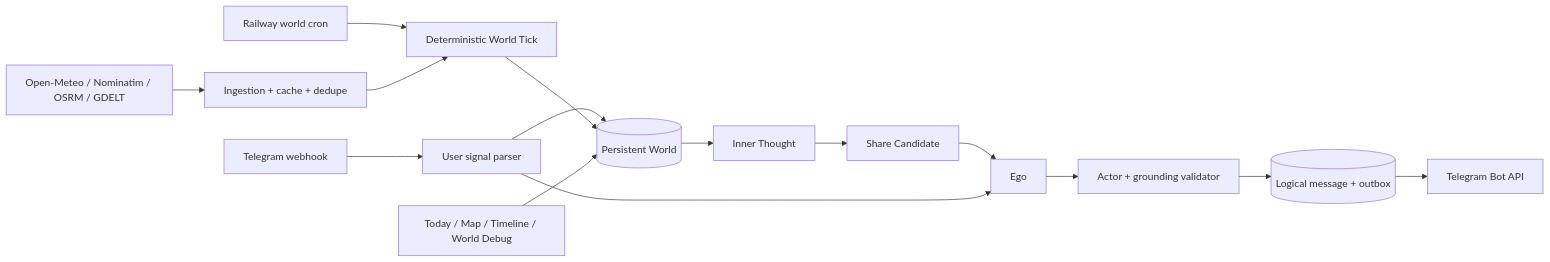
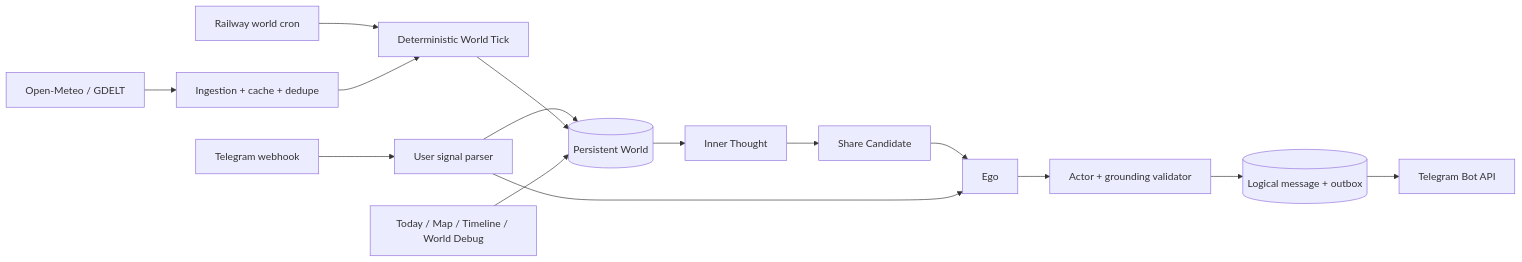
The diagram in README.md (AetherAllan/Mira), drawn with Mermaid before and after one commit. The commit also changed other lines of this file and 55 other files, not shown here.

````diff
--- a/README.md
+++ b/README.md
@@ -9,17 +9,17 @@
 ```mermaid
 flowchart LR
-  EXT[Open-Meteo / Nominatim / OSRM / GDELT] --> ING[Ingestion + cache + dedupe]
+  EXT[Open-Meteo / GDELT] --> ING[Ingestion + cache + dedupe]
   TG[Telegram webhook] --> INPUT[User signal parser]
   CRON[Railway world cron] --> TICK[Deterministic World Tick]
   ING --> TICK
   INPUT --> WORLD[(Persistent World)]
   TICK --> WORLD
   WORLD --> THOUGHT[Inner Thought]
   THOUGHT --> SHARE[Share Candidate]
   SHARE --> EGO[Ego]
   INPUT --> EGO
   EGO --> ACTOR[Actor + grounding validator]
   ACTOR --> OUTBOX[(Logical message + outbox)]
   OUTBOX --> TGAPI[Telegram Bot API]
   DASH[Today / Map / Timeline / World Debug] --> WORLD
 ```
````
